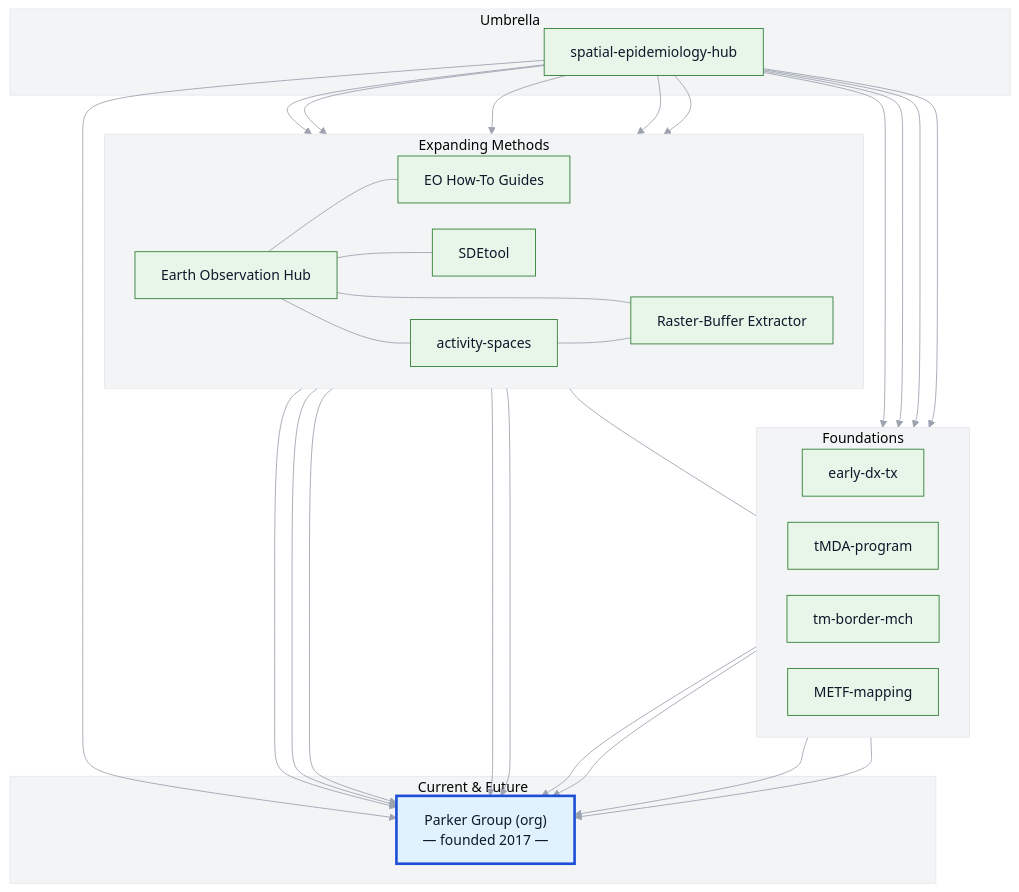
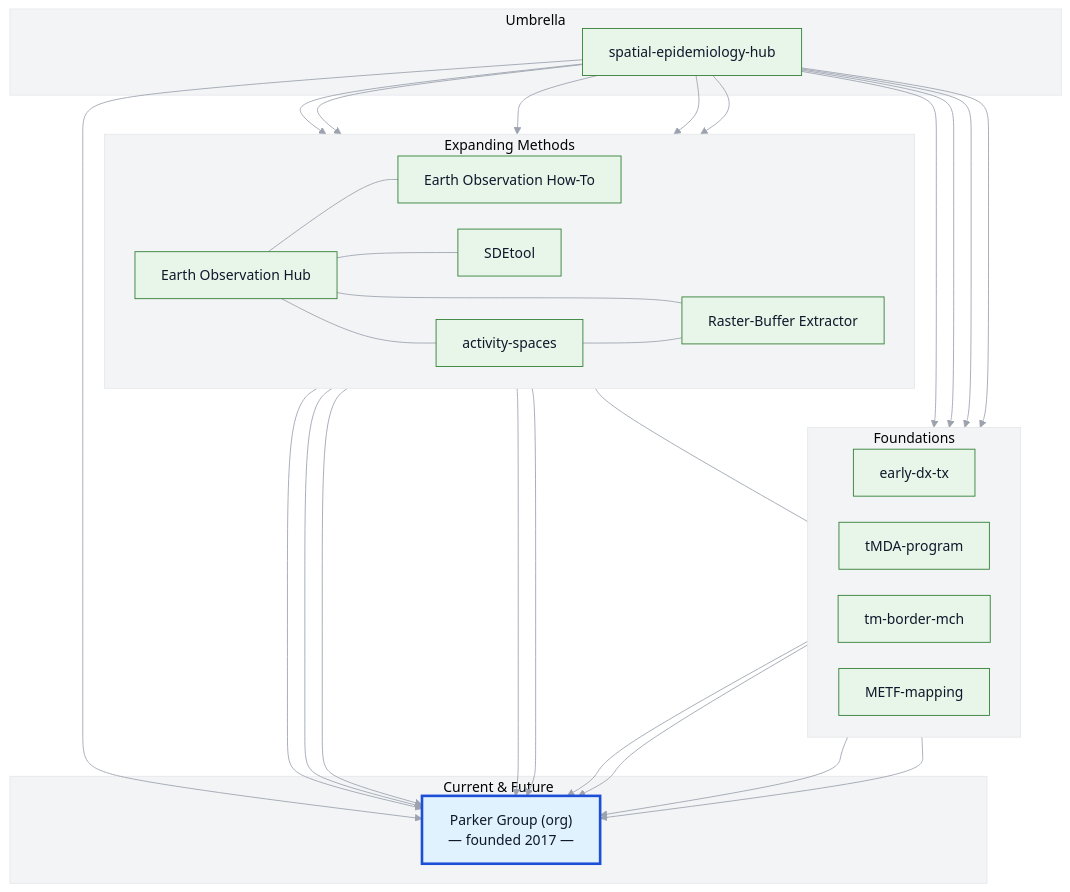
Before and after one commit to DMParker1/spatial-epidemiology-hub: the diagram in README.md, drawn with Mermaid.

````diff
--- a/README.md
+++ b/README.md
@@ -47,76 +47,76 @@
 ```mermaid
 %%{init: {"theme":"base","themeVariables": {
   "background":"#FAFAFA","clusterBkg":"#F3F4F6","clusterBorder":"#E5E7EB",
   "primaryColor":"#E8F5E9","primaryBorderColor":"#2E7D32",
   "primaryTextColor":"#0F172A","lineColor":"#9CA3AF"
 }, "flowchart":{"rankSpacing":45,"nodeSpacing":30}}}%%
 flowchart TB
   subgraph A[Foundations]
     direction LR
     EDT["early-dx-tx"]
     tMDA["tMDA-program"]
     MCH["tm-border-mch"]
     METF["METF-mapping"]
   end
   subgraph B[Expanding Methods]
     direction LR
     EO["Earth Observation Hub"]
-    HOWTO["EO How-To Guides"]
+    HOWTO["Earth Observation How-To"]
     SDE["SDEtool"]
     AS["activity-spaces"]
     RBE["Raster-Buffer Extractor"]
   end
   subgraph C[Umbrella]
     GIS["spatial-epidemiology-hub"]
   end
   subgraph D[Current & Future]
     PG["Parker Group (org)\n— founded 2017 —"]:::pg
   end
 
   %% Umbrella links
   GIS --> EDT
   GIS --> tMDA
   GIS --> MCH
   GIS --> METF
   GIS --> EO
   GIS --> HOWTO
   GIS --> SDE
   GIS --> AS
   GIS --> RBE
   GIS --> PG
 
   %% Method interplay
   EO --- HOWTO
   EO --- SDE
   EO --- AS
   EO --- RBE
   AS --- RBE
   AS --- tMDA
 
   %% Convergence to Parker Group
   EO --> PG
   HOWTO --> PG
   SDE --> PG
   AS --> PG
   RBE --> PG
   METF --> PG
   tMDA --> PG
   EDT --> PG
   MCH --> PG
 
   %% Clickable links
   click GIS "https://github.com/DMParker1/spatial-epidemiology-hub" "spatial-epidemiology-hub"
   click EDT "https://github.com/DMParker1/early-dx-tx" "early-dx-tx repository"
   click tMDA "https://github.com/DMParker1/tmda-program" "tMDA-program repository"
   click MCH "https://github.com/DMParker1/tm-border-mch" "tm-border-mch repository"
   click METF "https://github.com/DMParker1/METF-mapping" "METF-mapping repository"
   click EO "https://github.com/DMParker1/earth-observation-hub" "Earth Observation Hub"
   click HOWTO "https://github.com/parker-group/earth-observation-howto" "EO How-To Guides"
   click SDE "https://github.com/parker-group/SDEtool" "SDEtool package"
   click AS "https://github.com/DMParker1/activity-spaces" "activity-spaces repository"
   click RBE "https://github.com/CatalinaMedina/aedes-serology/tree/main/helper-functions" "Raster-Buffer Extractor helper functions"
   click PG "https://github.com/parker-group" "Parker Group organization"
 
   %% Highlight Parker Group node
   classDef pg fill:#E0F2FE,stroke:#1D4ED8,stroke-width:3px;
 ```
````
